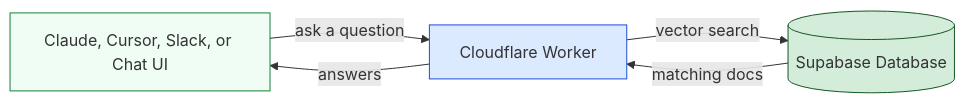
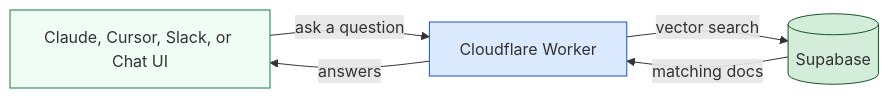
One commit to southleft/company-docs-mcp changed the second of 2 diagrams in README.md. Above: the diagram before and after it, drawn with Mermaid. The commit also changed other lines of this file, not shown here.

Commit message:
docs: Shorten Supabase label to prevent truncation in GitHub view

````diff
--- a/README.md
+++ b/README.md
@@ -48,9 +48,9 @@
 ```mermaid
 flowchart LR
-    D["Claude, Cursor, Slack, or Chat UI"] -->|"ask a question"| E["Cloudflare Worker"] -->|"vector search"| F[("Supabase Database")]
+    D["Claude, Cursor, Slack, or Chat UI"] -->|"ask a question"| E["Cloudflare Worker"] -->|"vector search"| F[("Supabase")]
     F -->|"matching docs"| E -->|"answers"| D
 
     style D fill:#f0fdf4,stroke:#15803d,color:#333
     style E fill:#dbeafe,stroke:#1d4ed8,color:#333
     style F fill:#d4edda,stroke:#155724,color:#333
 ```
````
